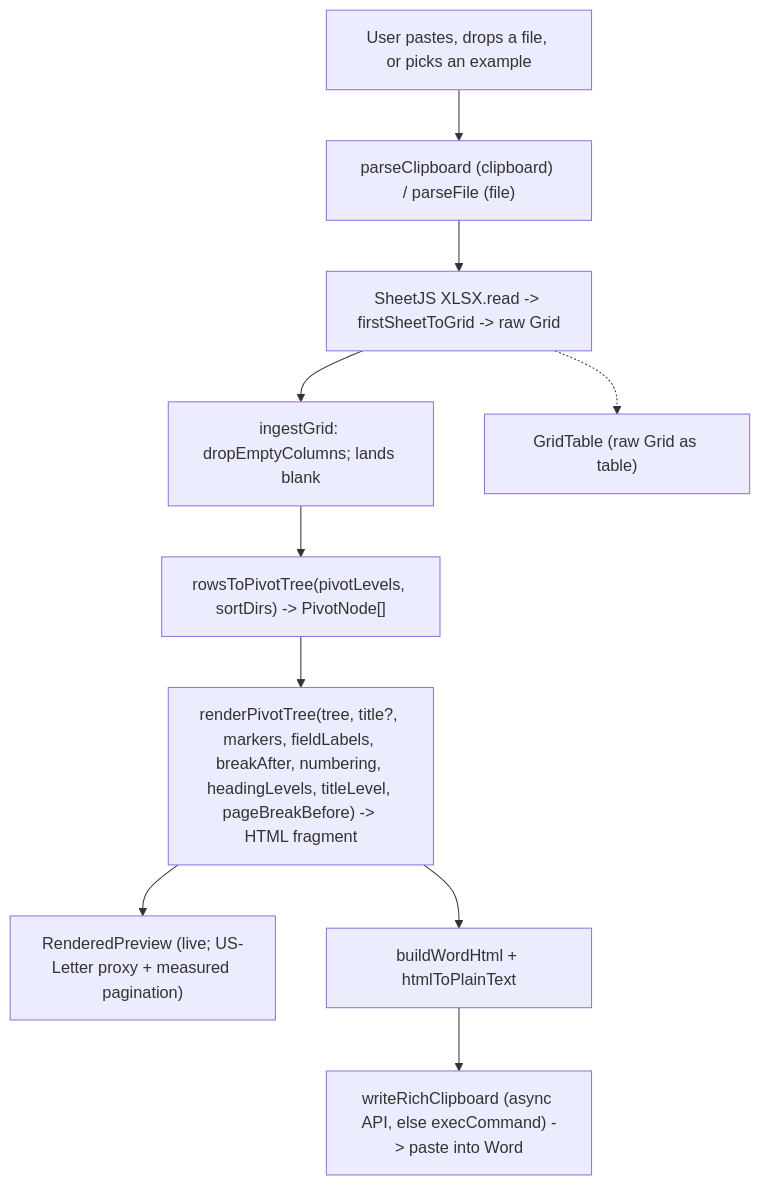
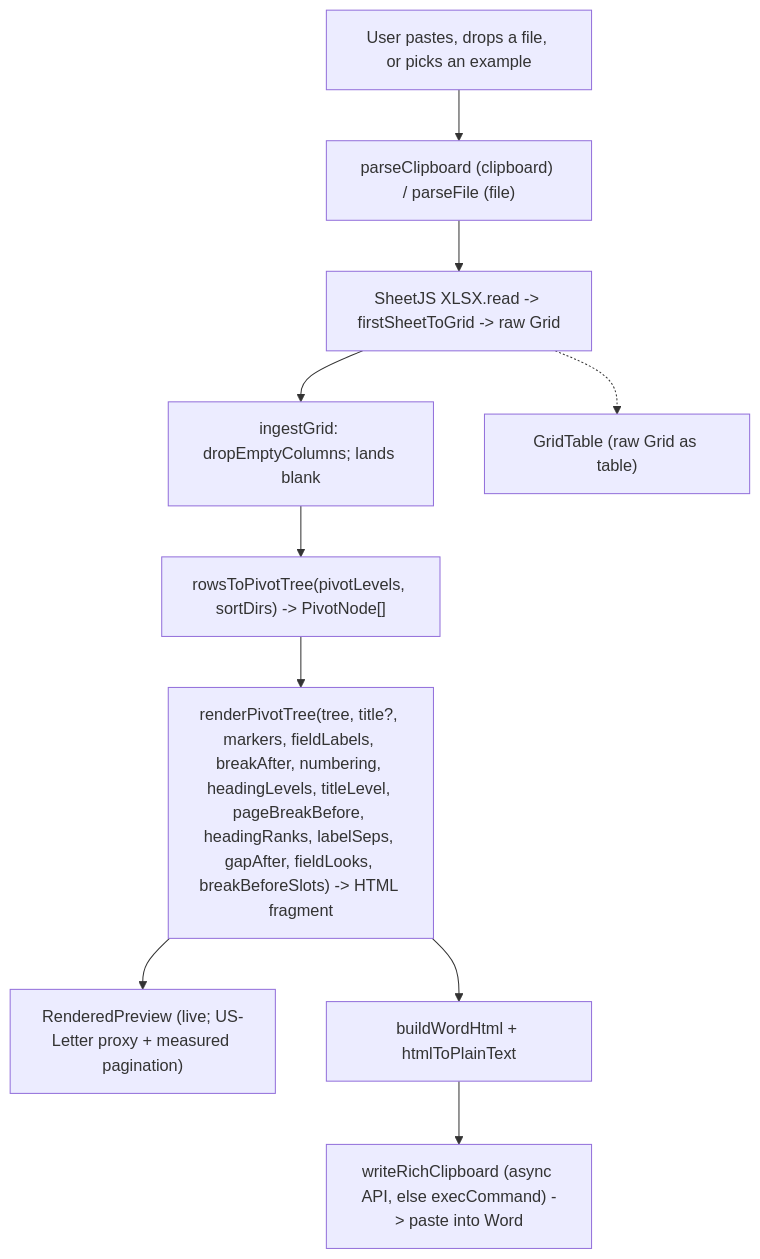
Before and after one commit to henryqpham/PivotParagraph: the diagram in docs/ARCHITECTURE.md, drawn with Mermaid. The commit also changed other lines of this file and 11 other files, not shown here.

````diff
--- a/docs/ARCHITECTURE.md
+++ b/docs/ARCHITECTURE.md
@@ -97,16 +99,16 @@
 ```mermaid
 flowchart TD
     A["User pastes, drops a file, or picks an example"]
     B["parseClipboard (clipboard) / parseFile (file)"]
     C["SheetJS XLSX.read -> firstSheetToGrid -> raw Grid"]
     SA["ingestGrid: dropEmptyColumns; lands blank"]
     PV["rowsToPivotTree(pivotLevels, sortDirs) -> PivotNode[]"]
-    RP["renderPivotTree(tree, title?, markers, fieldLabels, breakAfter, numbering, headingLevels, titleLevel, pageBreakBefore) -> HTML fragment"]
+    RP["renderPivotTree(tree, title?, markers, fieldLabels, breakAfter, numbering, headingLevels, titleLevel, pageBreakBefore, headingRanks, labelSeps, gapAfter, fieldLooks, breakBeforeSlots) -> HTML fragment"]
     P["RenderedPreview (live; US-Letter proxy + measured pagination)"]
     GT["GridTable (raw Grid as table)"]
     W["buildWordHtml + htmlToPlainText"]
     X["writeRichClipboard (async API, else execCommand) -> paste into Word"]
     A --> B --> C --> SA --> PV --> RP --> P
     C -.-> GT
     RP --> W --> X
 ```
````
